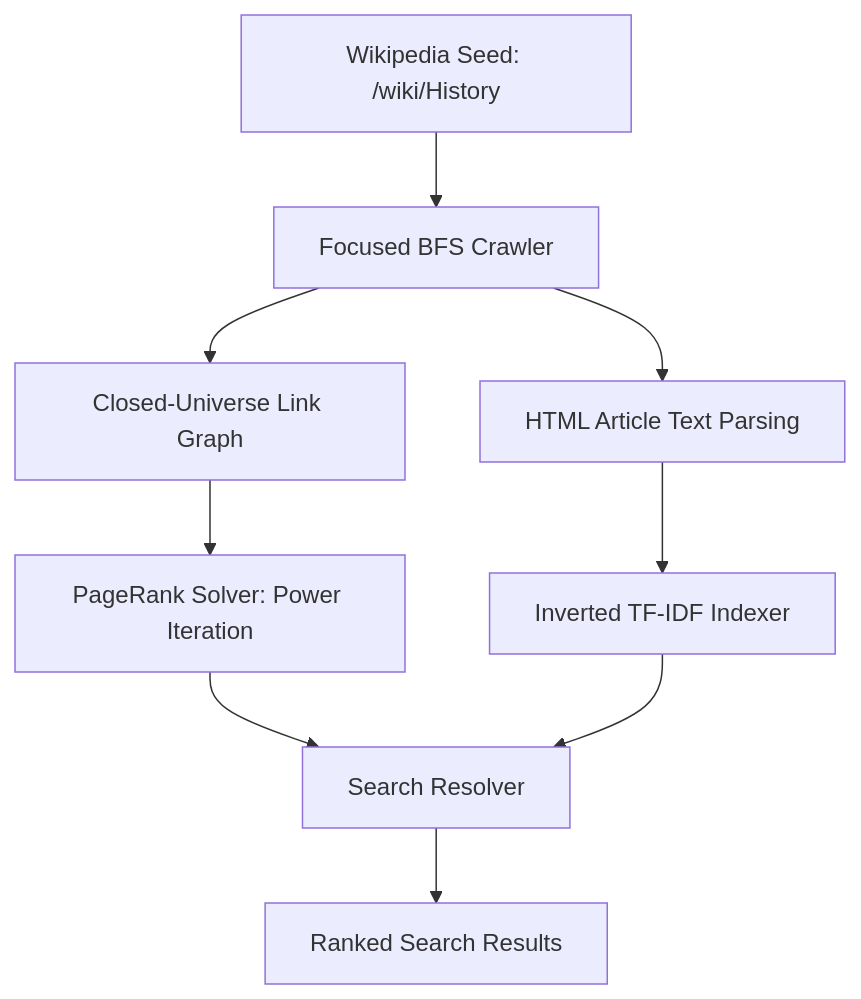
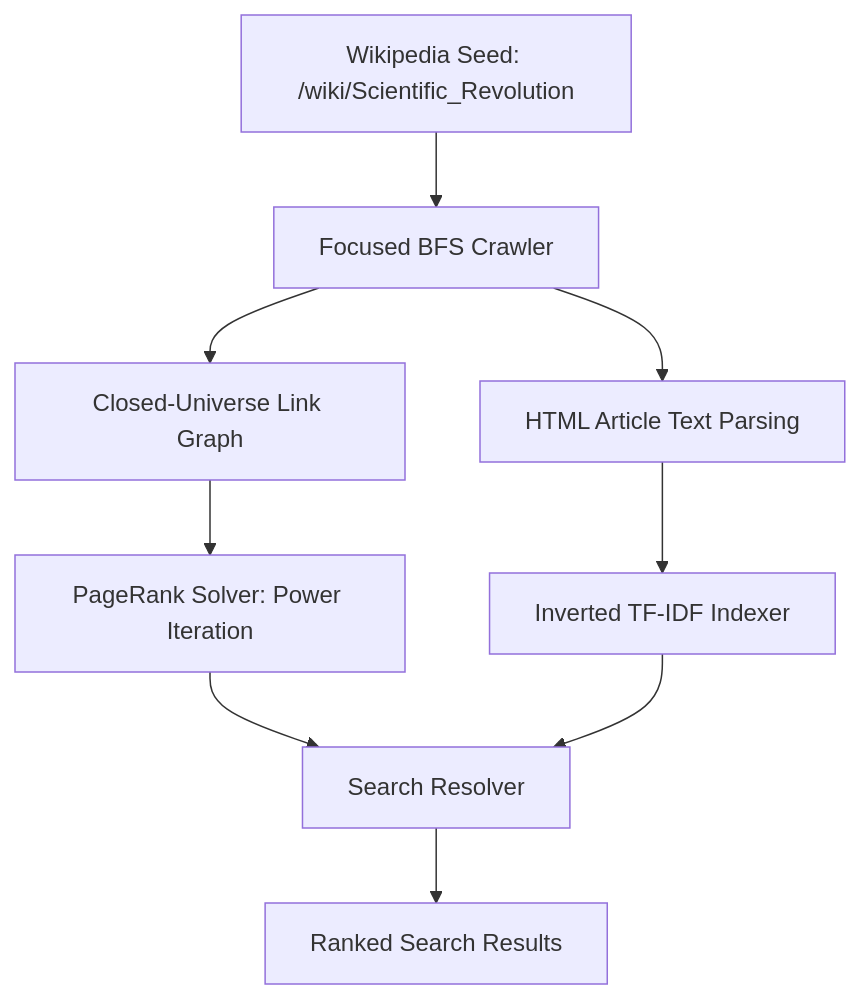
Before and after one commit to j-casimiro/scaled-pagerank: the diagram in pagerank_research_paper.md, drawn with Mermaid. The commit also changed other lines of this file, not shown here.

Commit message:
docs: update research paper with Scientific Revolution results

````diff
--- a/pagerank_research_paper.md
+++ b/pagerank_research_paper.md
@@ -31,11 +31,11 @@
 ```mermaid
 graph TD
-    A[Wikipedia Seed: /wiki/History] --> B[Focused BFS Crawler]
+    A[Wikipedia Seed: /wiki/Scientific_Revolution] --> B[Focused BFS Crawler]
     B --> C[Closed-Universe Link Graph]
     B --> D[HTML Article Text Parsing]
     C --> E[PageRank Solver: Power Iteration]
     D --> F[Inverted TF-IDF Indexer]
     E --> G[Search Resolver]
     F --> G
     G --> H[Ranked Search Results]
 ```
````
